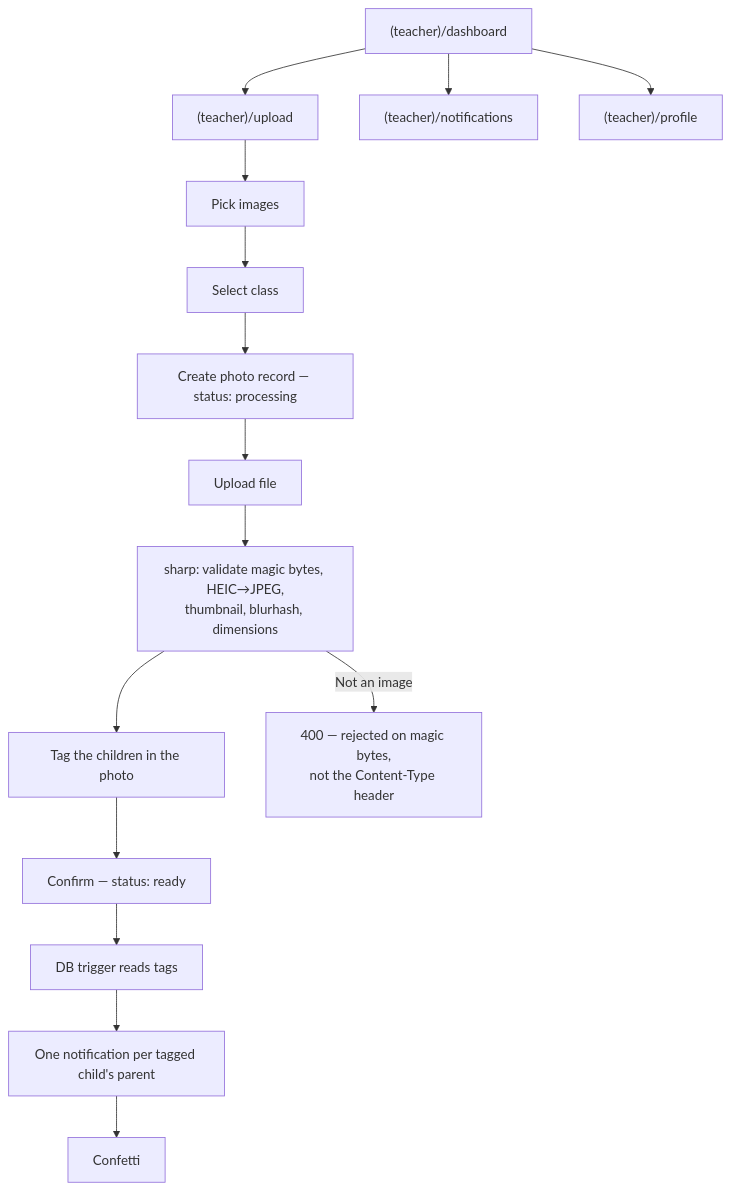
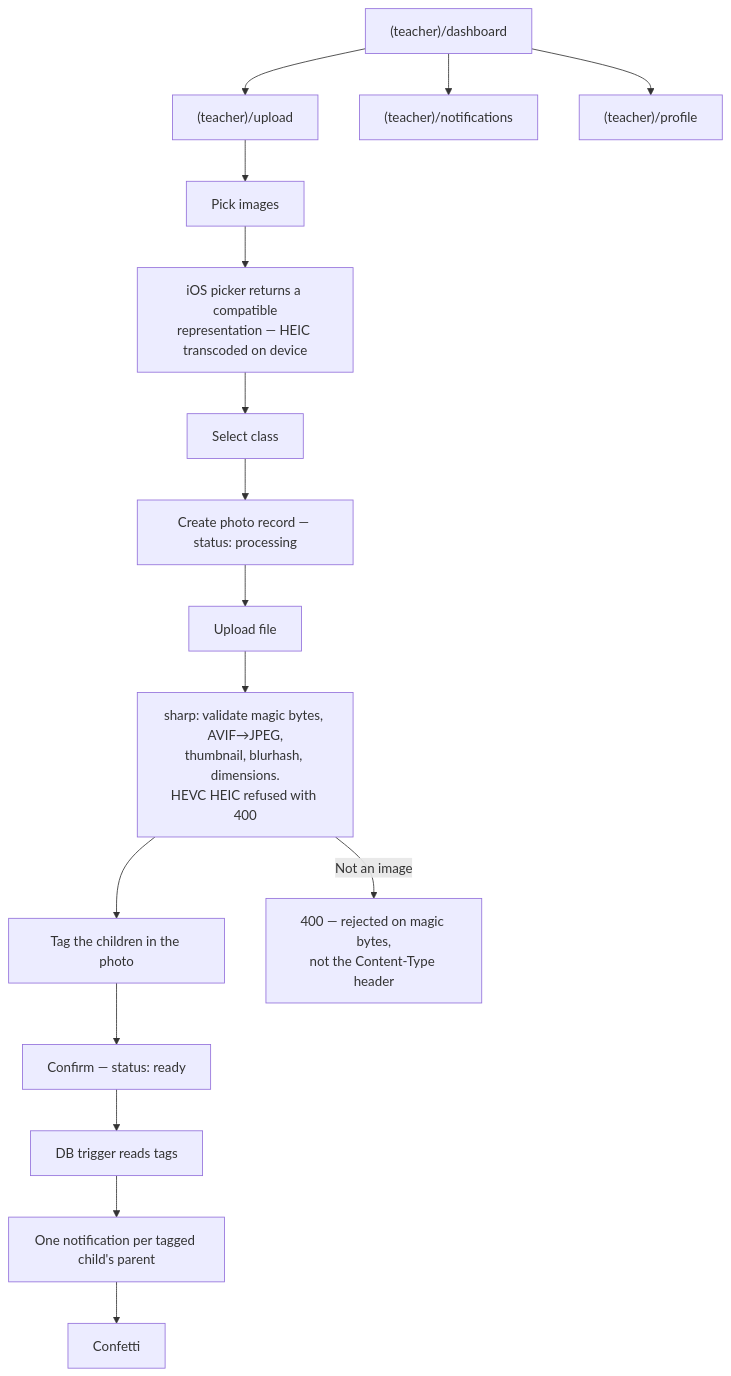
One commit to vexora-0/hive changed the third of 4 diagrams in docs/user-flows.md. Above: the diagram before and after it, drawn with Mermaid. The commit also changed 15 other files, not shown here.

````diff
--- a/docs/user-flows.md
+++ b/docs/user-flows.md
@@ -89,19 +89,20 @@
 ```mermaid
 flowchart TD
     D["(teacher)/dashboard"] --> U["(teacher)/upload"]
     U --> P[Pick images]
-    P --> C[Select class]
+    P --> IOS["iOS picker returns a compatible<br/>representation — HEIC transcoded on device"]
+    IOS --> C[Select class]
     C --> R[Create photo record — status: processing]
     R --> F[Upload file]
-    F --> S["sharp: validate magic bytes, HEIC→JPEG,<br/>thumbnail, blurhash, dimensions"]
+    F --> S["sharp: validate magic bytes, AVIF→JPEG,<br/>thumbnail, blurhash, dimensions.<br/>HEVC HEIC refused with 400"]
     S --> T[Tag the children in the photo]
     T --> X[Confirm — status: ready]
     X --> TR[DB trigger reads tags]
     TR --> NT[One notification per tagged child's parent]
     NT --> CF[Confetti]
 
     S -->|Not an image| ERR[400 — rejected on magic bytes,<br/>not the Content-Type header]
 
     D --> N["(teacher)/notifications"]
     D --> PR["(teacher)/profile"]
 ```
````
